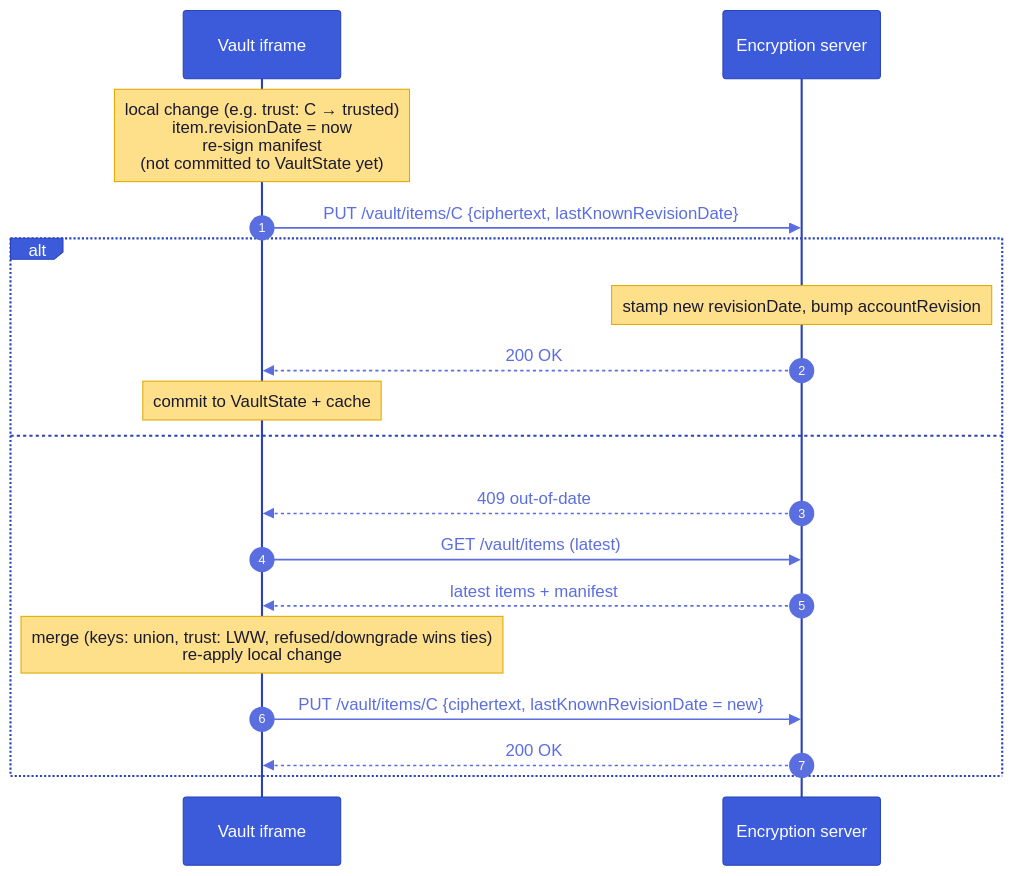
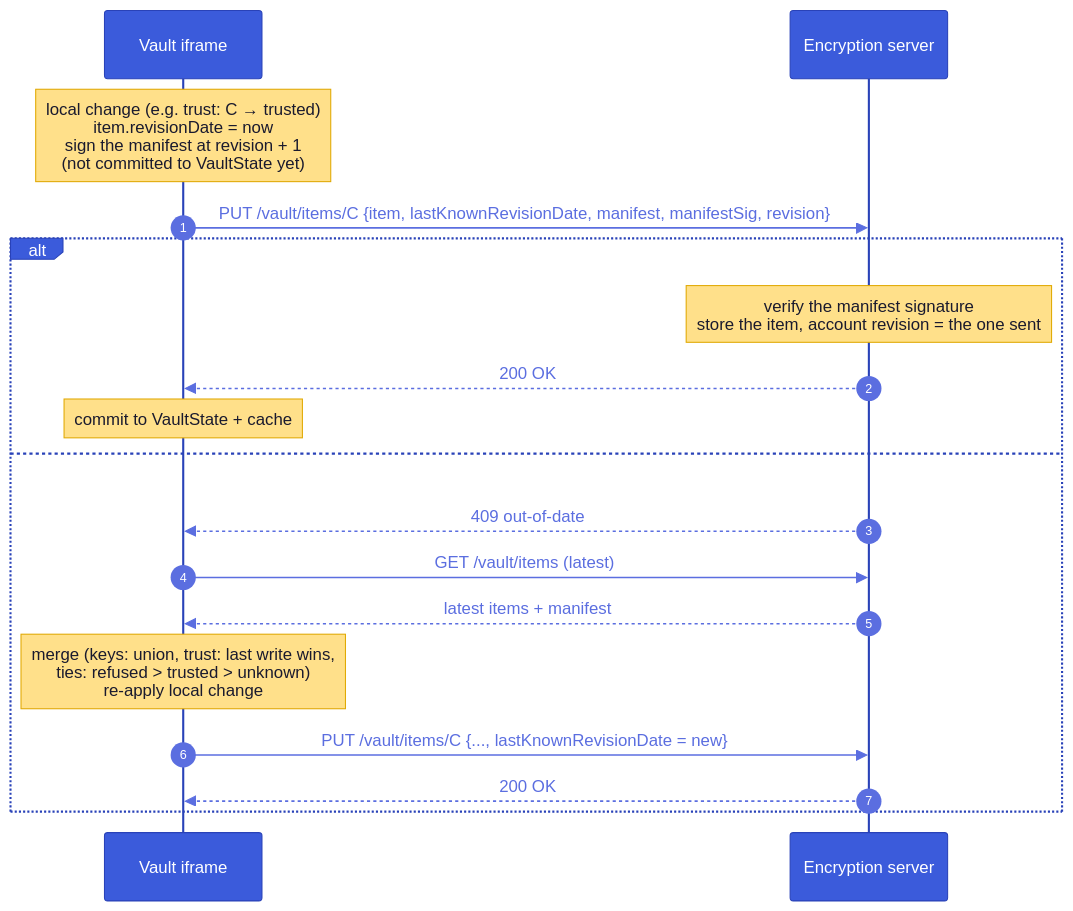
Before and after one commit to suitenumerique/encryption: diagram 13 of 23 in architecture.md, drawn with Mermaid. The commit also changed other lines of this file and 12 other files, not shown here.

````diff
--- a/architecture.md
+++ b/architecture.md
@@ -1004,21 +1035,21 @@
 ```mermaid
-%%{init: {'theme':'base','themeVariables':{'actorBkg':'#3b5bdb','actorTextColor':'#fff','actorBorder':'#2942b8','signalColor':'#5b6ee0','signalTextColor':'#5b6ee0','noteBkgColor':'#ffe08a','noteTextColor':'#1a1a2e','noteBorderColor':'#e0a800','sequenceNumberColor':'#fff'}}}%%
+%%{init: {'theme':'base','look':'classic','themeVariables':{'actorBkg':'#3b5bdb','actorTextColor':'#fff','actorBorder':'#2942b8','signalColor':'#5b6ee0','signalTextColor':'#5b6ee0','noteBkgColor':'#ffe08a','noteTextColor':'#1a1a2e','noteBorderColor':'#e0a800','sequenceNumberColor':'#fff'}}}%%
 sequenceDiagram
   autonumber
   participant V as Vault iframe
   participant API as Encryption server
-  Note over V: local change (e.g. trust: C → trusted)<br/>item.revisionDate = now<br/>re-sign manifest<br/>(not committed to VaultState yet)
-  V->>API: PUT /vault/items/C {ciphertext, lastKnownRevisionDate}
-  alt server copy not newer
-    Note over API: stamp new revisionDate, bump accountRevision
+  Note over V: local change (e.g. trust: C → trusted)<br/>item.revisionDate = now<br/>sign the manifest at revision + 1<br/>(not committed to VaultState yet)
+  V->>API: PUT /vault/items/C {item, lastKnownRevisionDate, manifest, manifestSig, revision}
+  alt item and account revisions both as expected
+    Note over API: verify the manifest signature<br/>store the item, account revision = the one sent
     API-->>V: 200 OK
     Note over V: commit to VaultState + cache
-  else server copy newer (> 1s)
+  else another device wrote first
     API-->>V: 409 out-of-date
     V->>API: GET /vault/items (latest)
     API-->>V: latest items + manifest
-    Note over V: merge (keys: union, trust: LWW, refused/downgrade wins ties)<br/>re-apply local change
-    V->>API: PUT /vault/items/C {ciphertext, lastKnownRevisionDate = new}
+    Note over V: merge (keys: union, trust: last write wins,<br/>ties: refused > trusted > unknown)<br/>re-apply local change
+    V->>API: PUT /vault/items/C {..., lastKnownRevisionDate = new}
     API-->>V: 200 OK
   end
 ```
````
